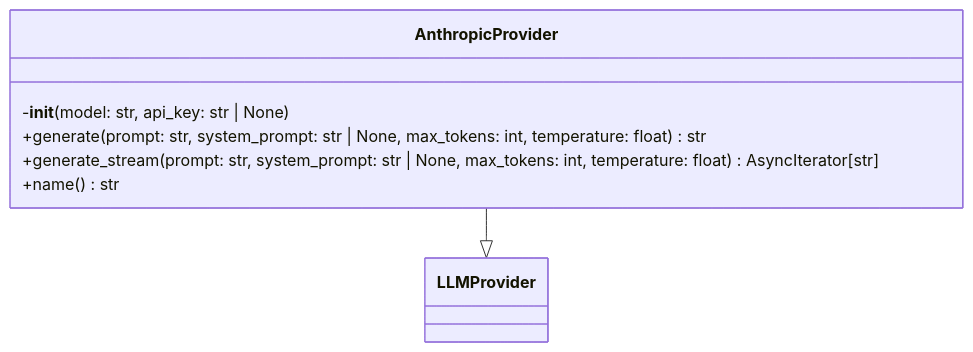
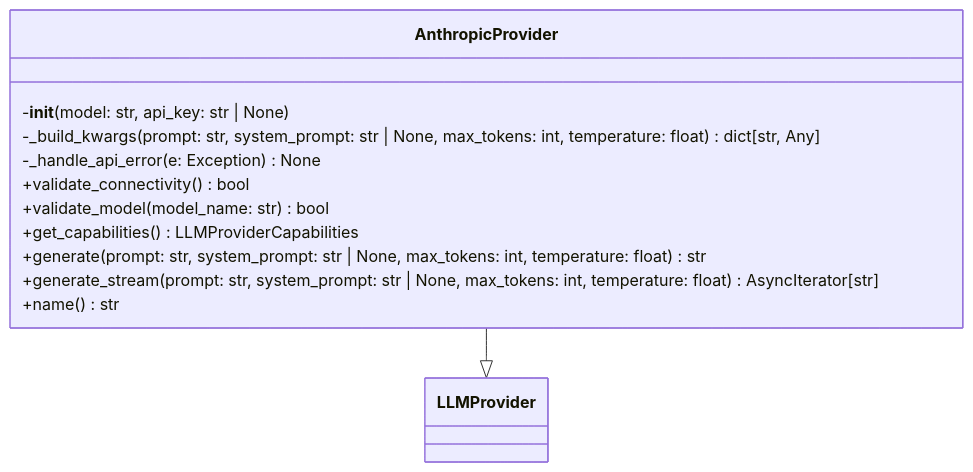
The first of 2 diagrams in .deepwiki/files/src/local_deepwiki/providers/llm/anthropic.md (UrbanDiver/local-deepwiki-mcp), drawn with Mermaid before and after one commit. The commit also changed other lines of this file and 65 other files, not shown here.

````diff
--- a/.deepwiki/files/src/local_deepwiki/providers/llm/anthropic.md
+++ b/.deepwiki/files/src/local_deepwiki/providers/llm/anthropic.md
@@ -295,10 +495,15 @@
 ```mermaid
 classDiagram
     class AnthropicProvider {
         -__init__(model: str, api_key: str | None)
+        -_build_kwargs(prompt: str, system_prompt: str | None, max_tokens: int, temperature: float) dict[str, Any]
+        -_handle_api_error(e: Exception) None
+        +validate_connectivity() bool
+        +validate_model(model_name: str) bool
+        +get_capabilities() LLMProviderCapabilities
         +generate(prompt: str, system_prompt: str | None, max_tokens: int, temperature: float) str
         +generate_stream(prompt: str, system_prompt: str | None, max_tokens: int, temperature: float) AsyncIterator[str]
         +name() str
     }
     AnthropicProvider --|> LLMProvider
 ```
````
